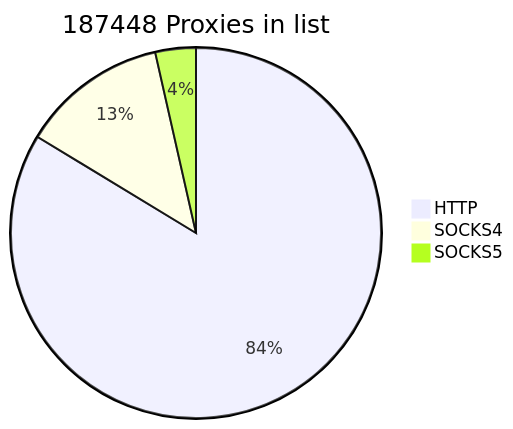
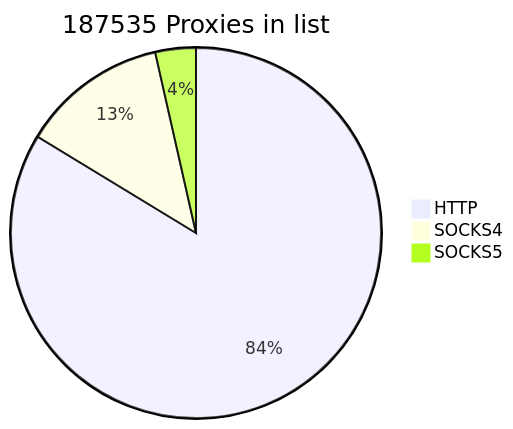
The first of 2 diagrams in README.md (cutipu/proxylist), drawn with Mermaid before and after one commit. The commit also changed other lines of this file, not shown here.

````diff
--- a/README.md
+++ b/README.md
@@ -2,7 +2,7 @@
 ```mermaid
-pie title 187448 Proxies in list
-    "HTTP" : 156857
-    "SOCKS4" : 23958
-    "SOCKS5" : 6633
+pie title 187535 Proxies in list
+    "HTTP" : 156957
+    "SOCKS4" : 23940
+    "SOCKS5" : 6638
             
 ```
````
